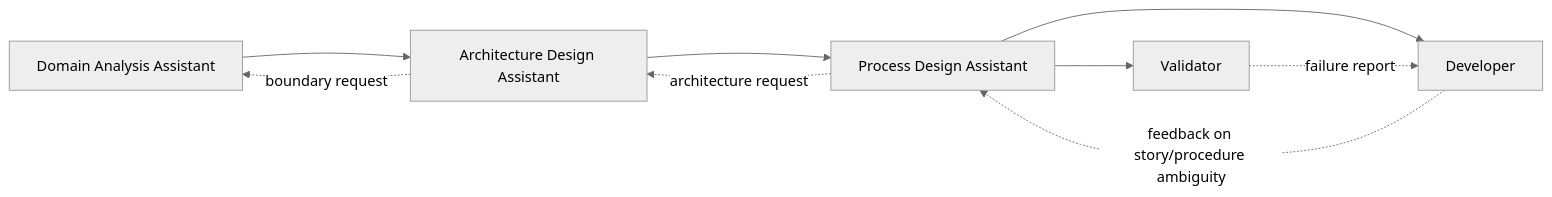
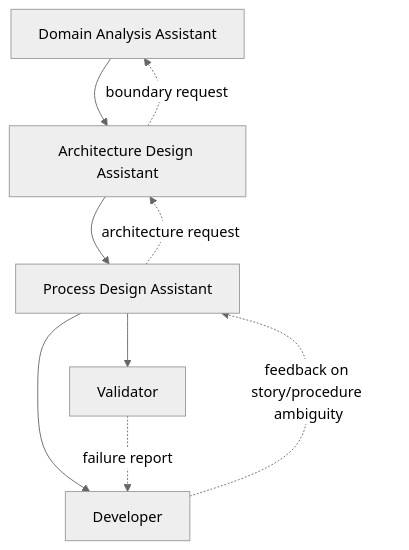
The second of 2 diagrams in README.md (Anddd7/domain-spec-agents), drawn with Mermaid (neutral theme) before and after one commit. The commit also changed other lines of this file and 7 other files, not shown here.

````diff
--- a/README.md
+++ b/README.md
@@ -64,11 +66,11 @@
 ```mermaid
-flowchart LR
+flowchart TD
 		DA[Domain Analysis Assistant] --> AR[Architecture Design Assistant]
 		AR --> PDA[Process Design Assistant]
 		PDA --> DV[Developer]
 		PDA --> VD[Validator]
 		VD -. failure report .-> DV
 		DV -. feedback on story/procedure ambiguity .-> PDA
 		PDA -. architecture request .-> AR
 		AR -. boundary request .-> DA
 ```
````
